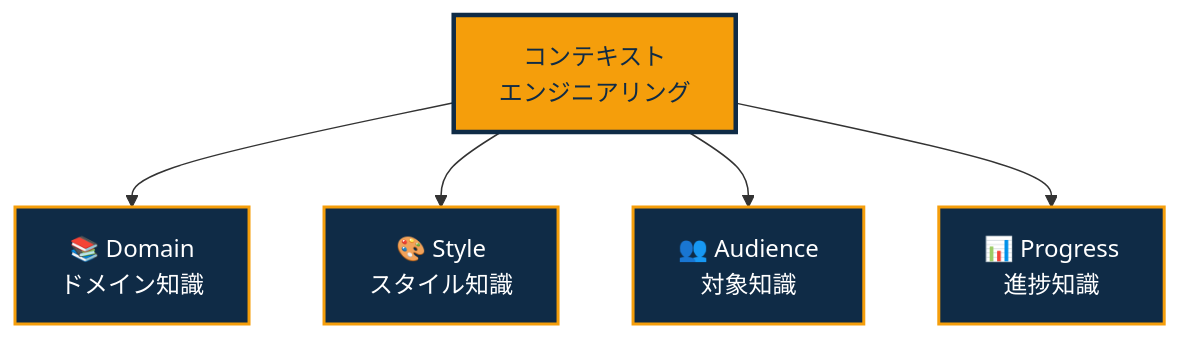
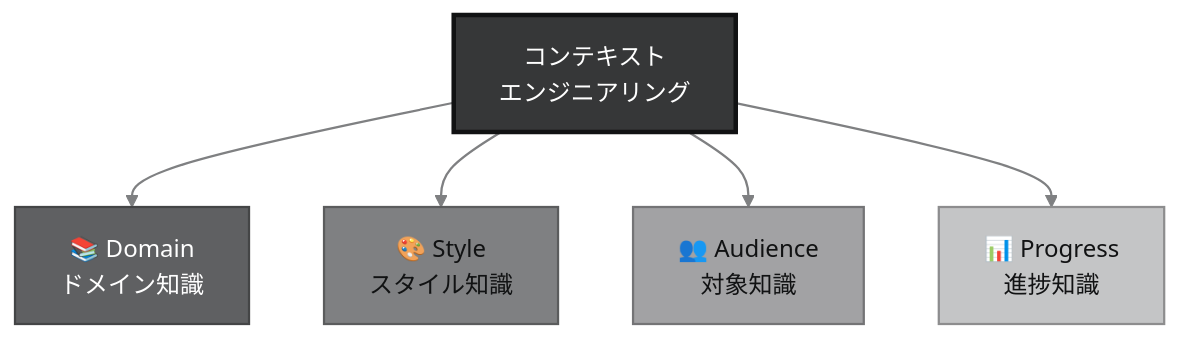
One commit to Leading-AI-IO/the-10-80-10-principle changed the sixth of 11 diagrams in docs/jp/the_10_80_10_principle_JP.md. Above: the diagram before and after it, drawn with Mermaid. The commit also changed other lines of this file, not shown here.

````diff
--- a/docs/jp/the_10_80_10_principle_JP.md
+++ b/docs/jp/the_10_80_10_principle_JP.md
@@ -826,14 +839,16 @@
 ```mermaid
+%%{init: {'theme':'base','themeVariables':{'fontFamily':'Helvetica, Arial, sans-serif','lineColor':'#7f8082','primaryTextColor':'#111213','clusterBkg':'#fafafa','clusterBorder':'#b6b7b8','titleColor':'#363738','edgeLabelBackground':'#ffffff'}}}%%
 graph TB
     C["コンテキスト<br/>エンジニアリング"]
     C --> D["📚 Domain<br/>ドメイン知識"]
     C --> S["🎨 Style<br/>スタイル知識"]
     C --> A["👥 Audience<br/>対象知識"]
     C --> P["📊 Progress<br/>進捗知識"]
 
-    style C fill:#f59e0b,stroke:#0f2b46,color:#0f2b46,stroke-width:3px
-    style D fill:#0f2b46,stroke:#f59e0b,color:#ffffff,stroke-width:2px
-    style S fill:#0f2b46,stroke:#f59e0b,color:#ffffff,stroke-width:2px
-    style A fill:#0f2b46,stroke:#f59e0b,color:#ffffff,stroke-width:2px
-    style P fill:#0f2b46,stroke:#f59e0b,color:#ffffff,stroke-width:2px
+    style C fill:#363738,stroke:#111213,color:#ffffff,stroke-width:3px
+    style D fill:#5f6062,stroke:#444546,color:#ffffff,stroke-width:1.5px
+    style S fill:#7f8082,stroke:#5b5c5d,color:#111213,stroke-width:1.5px
+    style A fill:#a2a2a4,stroke:#747476,color:#111213,stroke-width:1.5px
+    style P fill:#c4c5c6,stroke:#8d8d8e,color:#111213,stroke-width:1.5px
+    linkStyle default stroke:#7f8082,stroke-width:1.5px
 ```
````
